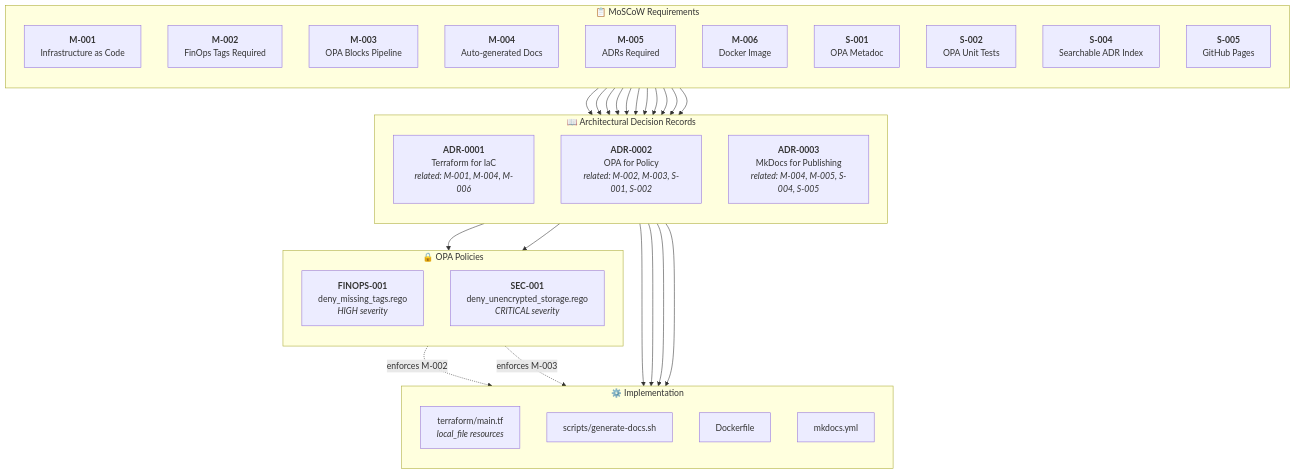
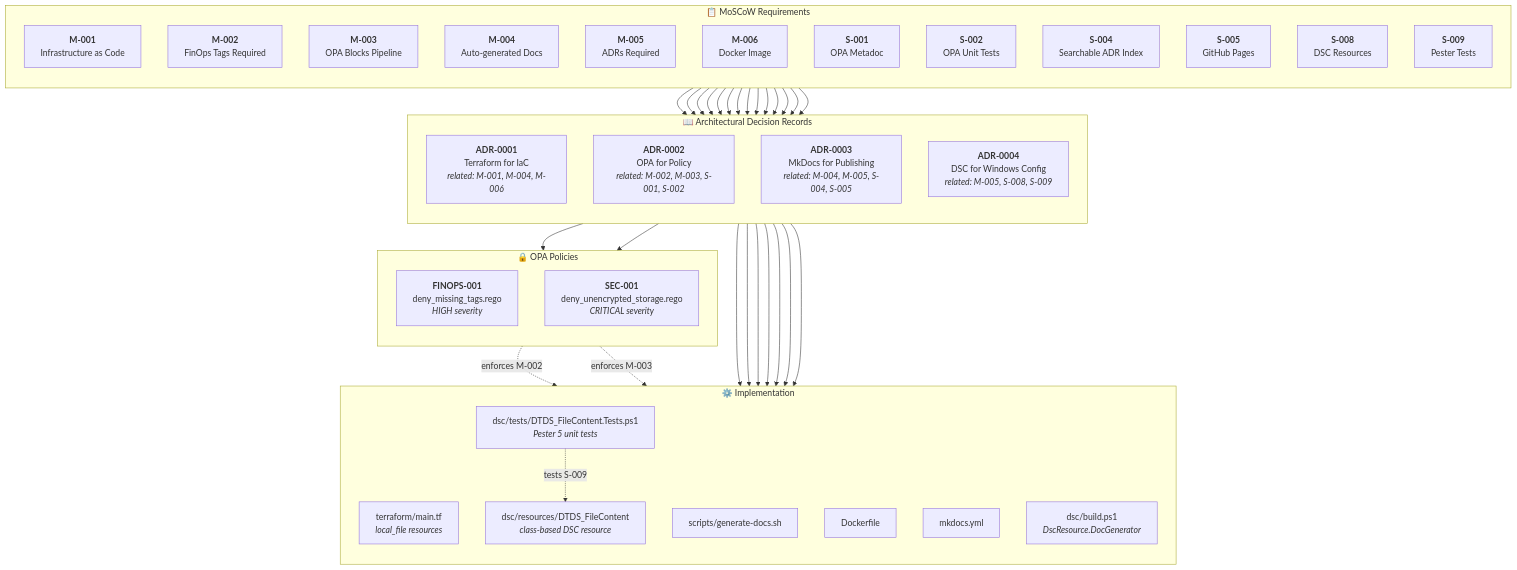
The first of 3 diagrams in example/docs/traceability/index.md (DevelApp-ai/deterministic-technical-design-specification), drawn with Mermaid before and after one commit. The commit also changed other lines of this file and 15 other files, not shown here.

First line of the commit message:
Add PowerShell DSC examples: DTDS_FileContent resource, Pester tests, DscResource.DocGenerator, ADR-0004

````diff
--- a/example/docs/traceability/index.md
+++ b/example/docs/traceability/index.md
@@ -21,63 +21,78 @@
 ```mermaid
 graph TB
     subgraph MoSCoW["📋 MoSCoW Requirements"]
         direction TB
         M001["<b>M-001</b><br/>Infrastructure as Code"]
         M002["<b>M-002</b><br/>FinOps Tags Required"]
         M003["<b>M-003</b><br/>OPA Blocks Pipeline"]
         M004["<b>M-004</b><br/>Auto-generated Docs"]
         M005["<b>M-005</b><br/>ADRs Required"]
         M006["<b>M-006</b><br/>Docker Image"]
         S001["<b>S-001</b><br/>OPA Metadoc"]
         S002["<b>S-002</b><br/>OPA Unit Tests"]
         S004["<b>S-004</b><br/>Searchable ADR Index"]
         S005["<b>S-005</b><br/>GitHub Pages"]
+        S008["<b>S-008</b><br/>DSC Resources"]
+        S009["<b>S-009</b><br/>Pester Tests"]
     end
 
     subgraph ADRs["📖 Architectural Decision Records"]
         direction TB
         ADR001["<b>ADR-0001</b><br/>Terraform for IaC<br/><i>related: M-001, M-004, M-006</i>"]
         ADR002["<b>ADR-0002</b><br/>OPA for Policy<br/><i>related: M-002, M-003, S-001, S-002</i>"]
         ADR003["<b>ADR-0003</b><br/>MkDocs for Publishing<br/><i>related: M-004, M-005, S-004, S-005</i>"]
+        ADR004["<b>ADR-0004</b><br/>DSC for Windows Config<br/><i>related: M-005, S-008, S-009</i>"]
     end
 
     subgraph Policies["🔒 OPA Policies"]
         direction TB
         FIN001["<b>FINOPS-001</b><br/>deny_missing_tags.rego<br/><i>HIGH severity</i>"]
         SEC001["<b>SEC-001</b><br/>deny_unencrypted_storage.rego<br/><i>CRITICAL severity</i>"]
     end
 
     subgraph IaC["⚙️ Implementation"]
         direction TB
         TF["terraform/main.tf<br/><i>local_file resources</i>"]
         SCRIPT["scripts/generate-docs.sh"]
         DOCKER["Dockerfile"]
         MKDOCS["mkdocs.yml"]
+        DSC["dsc/resources/DTDS_FileContent<br/><i>class-based DSC resource</i>"]
+        PSTEST["dsc/tests/DTDS_FileContent.Tests.ps1<br/><i>Pester 5 unit tests</i>"]
+        DSCBLD["dsc/build.ps1<br/><i>DscResource.DocGenerator</i>"]
     end
 
     M001 --> ADR001
     M004 --> ADR001
     M006 --> ADR001
 
     M002 --> ADR002
     M003 --> ADR002
     S001 --> ADR002
     S002 --> ADR002
 
     M004 --> ADR003
     M005 --> ADR003
     S004 --> ADR003
     S005 --> ADR003
 
+    M005 --> ADR004
+    S008 --> ADR004
+    S009 --> ADR004
+
     ADR001 --> TF
     ADR001 --> SCRIPT
     ADR001 --> DOCKER
 
     ADR002 --> FIN001
     ADR002 --> SEC001
 
     ADR003 --> MKDOCS
 
+    ADR004 --> DSC
+    ADR004 --> PSTEST
+    ADR004 --> DSCBLD
+
     FIN001 -.->|"enforces M-002"| TF
     SEC001 -.->|"enforces M-003"| TF
+    PSTEST -.->|"tests S-009"| DSC
 ```
````
